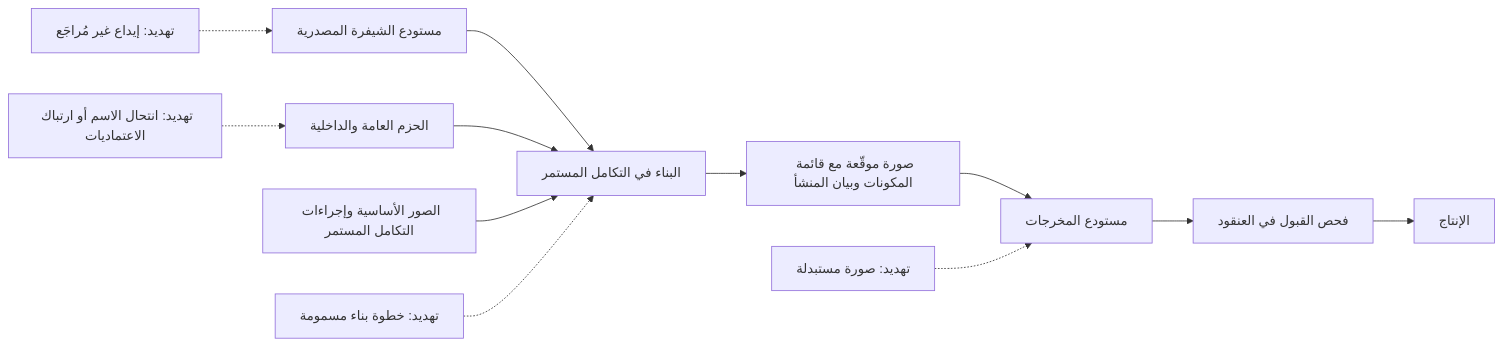
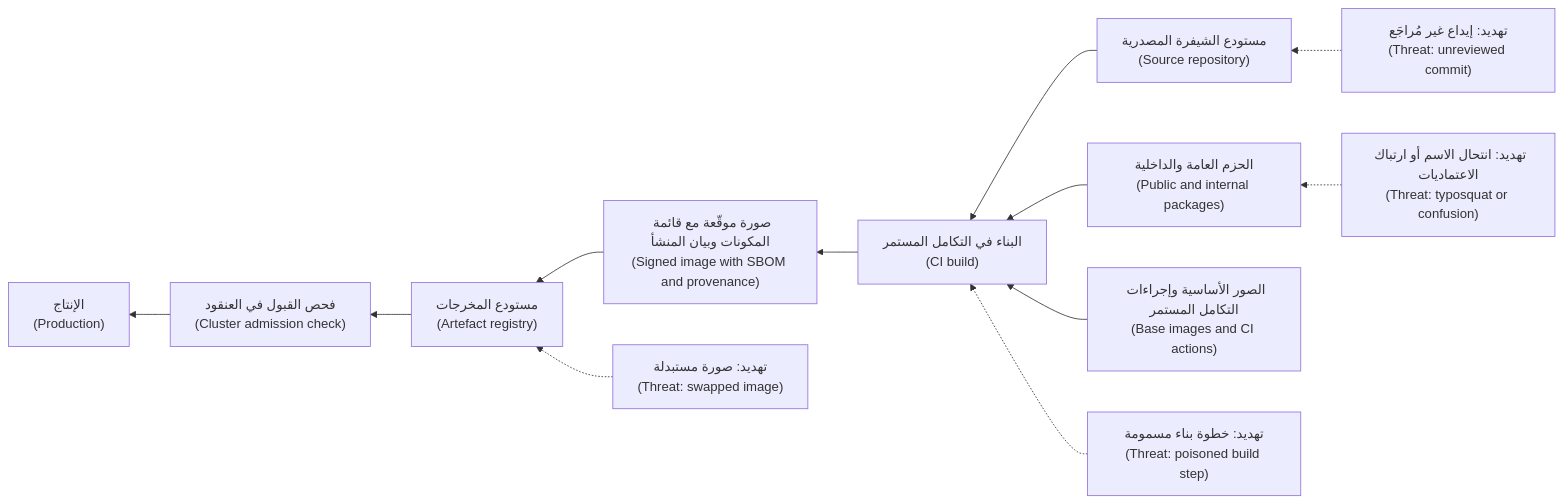
The second of 3 diagrams in secai/modules/06-sdlc.ar.md (Tamoura/system-design-for-vibe-coders), drawn with Mermaid before and after one commit. The commit also changed other lines of this file and 11 other files, not shown here.

First line of the commit message:
Security course: Arabic modules 10–11 reviewed; RTL diagrams with English labels for modules 0–11

````diff
--- a/secai/modules/06-sdlc.ar.md
+++ b/secai/modules/06-sdlc.ar.md
@@ -299,14 +299,14 @@
 ```mermaid
-flowchart LR
-    S["مستودع الشيفرة المصدرية"] --> B["البناء في التكامل المستمر"]
-    D["الحزم العامة والداخلية"] --> B
-    I["الصور الأساسية وإجراءات التكامل المستمر"] --> B
-    B --> A["صورة موقّعة مع قائمة المكونات وبيان المنشأ"]
-    A --> R["مستودع المخرجات"]
-    R --> K["فحص القبول في العنقود"]
-    K --> P["الإنتاج"]
-    X1["تهديد: إيداع غير مُراجَع"] -.-> S
-    X2["تهديد: انتحال الاسم أو ارتباك الاعتماديات"] -.-> D
-    X3["تهديد: خطوة بناء مسمومة"] -.-> B
-    X4["تهديد: صورة مستبدلة"] -.-> R
+flowchart RL
+    S["مستودع الشيفرة المصدرية<br/>(Source repository)"] --> B["البناء في التكامل المستمر<br/>(CI build)"]
+    D["الحزم العامة والداخلية<br/>(Public and internal packages)"] --> B
+    I["الصور الأساسية وإجراءات التكامل المستمر<br/>(Base images and CI actions)"] --> B
+    B --> A["صورة موقّعة مع قائمة المكونات وبيان المنشأ<br/>(Signed image with SBOM and provenance)"]
+    A --> R["مستودع المخرجات<br/>(Artefact registry)"]
+    R --> K["فحص القبول في العنقود<br/>(Cluster admission check)"]
+    K --> P["الإنتاج<br/>(Production)"]
+    X1["تهديد: إيداع غير مُراجَع<br/>(Threat: unreviewed commit)"] -.-> S
+    X2["تهديد: انتحال الاسم أو ارتباك الاعتماديات<br/>(Threat: typosquat or confusion)"] -.-> D
+    X3["تهديد: خطوة بناء مسمومة<br/>(Threat: poisoned build step)"] -.-> B
+    X4["تهديد: صورة مستبدلة<br/>(Threat: swapped image)"] -.-> R
 ```
````
